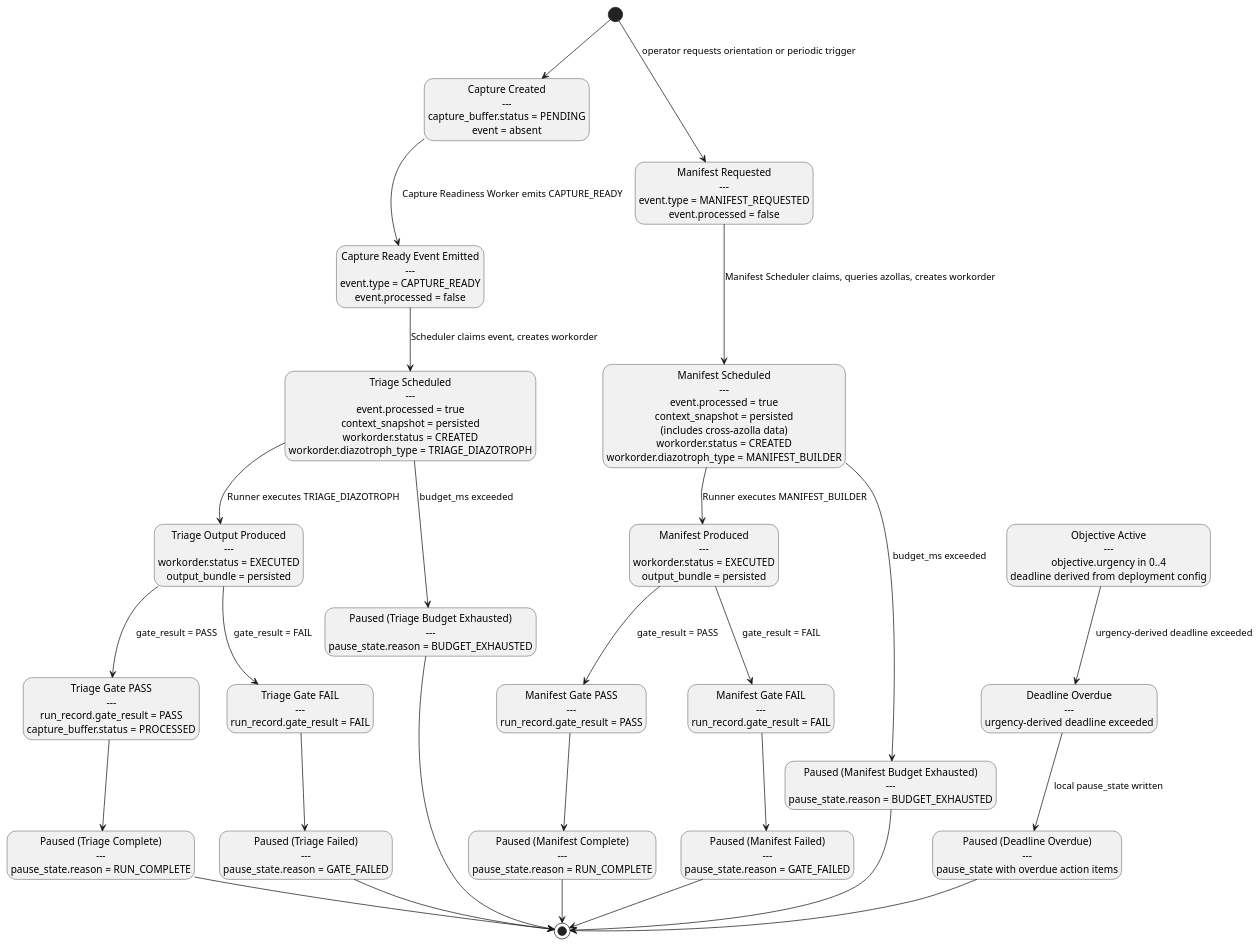
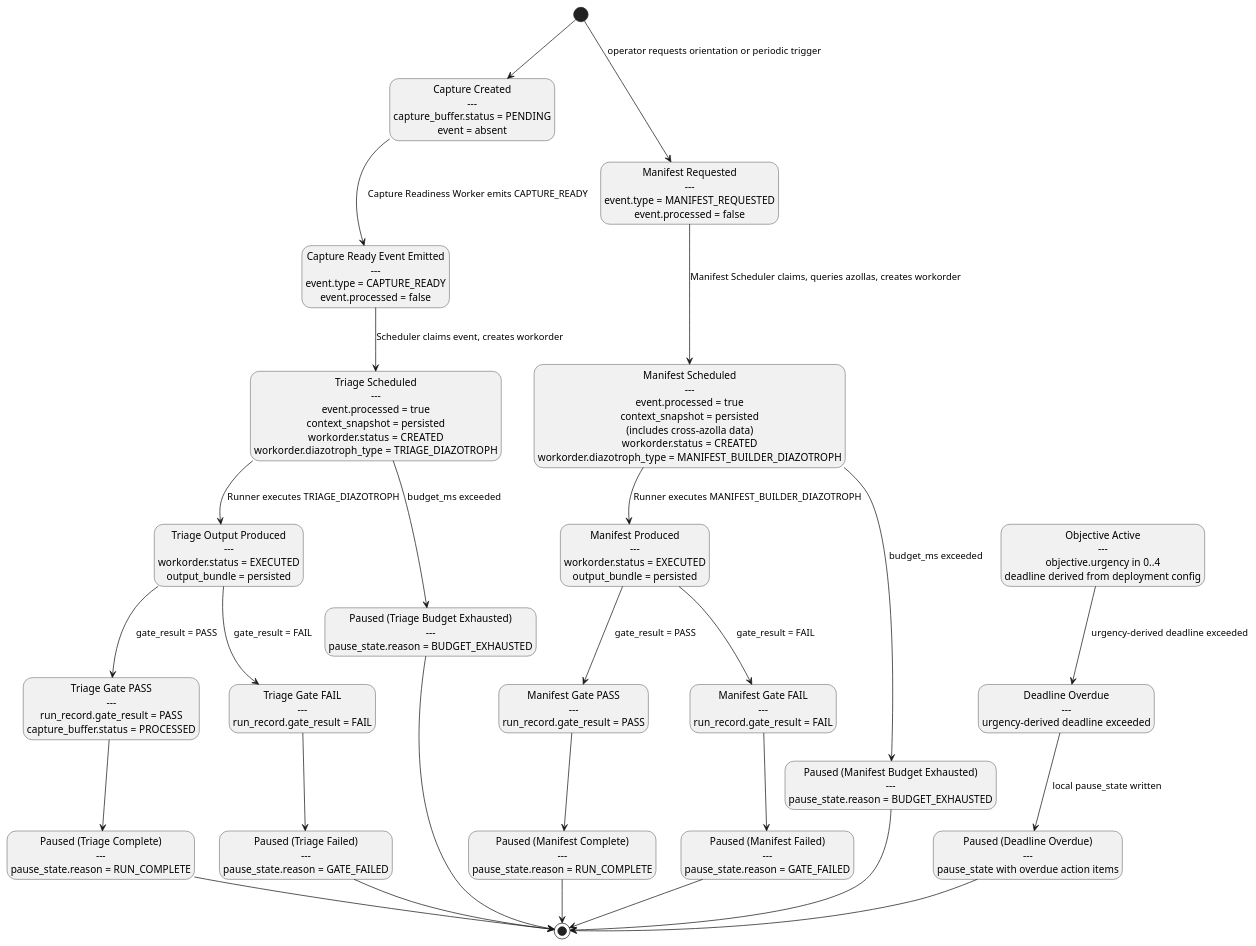
Before and after one commit to leximicham/Azolla-Protocol: the diagram in docs/05_task_mgmt_azolla/task_mgmt_state_machine.puml, drawn with PlantUML. The commit also changed 14 other files, not shown here.

First line of the commit message:
Refactor run_record and context_snapshot schemas; rename MANIFEST_BUILDER to MANIFEST_BUILDER_DIAZOTROPH

```diff
--- a/docs/05_task_mgmt_azolla/task_mgmt_state_machine.puml
+++ b/docs/05_task_mgmt_azolla/task_mgmt_state_machine.puml
@@ -1,82 +1,82 @@
 @startuml task_mgmt_state_machine
 ' Task Management Azolla v0.2 State Machine
 ' Three lifecycle tracks with terminal pause_states.
 
 hide empty description
 
 ' === Track A: Triage ===
 
 state "Capture Created\n---\ncapture_buffer.status = PENDING\nevent = absent" as CaptureCreated
 
 state "Capture Ready Event Emitted\n---\nevent.type = CAPTURE_READY\nevent.processed = false" as CaptureReadyEmitted
 
 state "Triage Scheduled\n---\nevent.processed = true\ncontext_snapshot = persisted\nworkorder.status = CREATED\nworkorder.diazotroph_type = TRIAGE_DIAZOTROPH" as TriageScheduled
 
 state "Triage Output Produced\n---\nworkorder.status = EXECUTED\noutput_bundle = persisted" as TriageOutputProduced
 
 state "Triage Gate PASS\n---\nrun_record.gate_result = PASS\ncapture_buffer.status = PROCESSED" as TriageGatePass
 
 state "Triage Gate FAIL\n---\nrun_record.gate_result = FAIL" as TriageGateFail
 
 state "Paused (Triage Complete)\n---\npause_state.reason = RUN_COMPLETE" as PausedTriageComplete
 
 state "Paused (Triage Failed)\n---\npause_state.reason = GATE_FAILED" as PausedTriageFailed
 
 state "Paused (Triage Budget Exhausted)\n---\npause_state.reason = BUDGET_EXHAUSTED" as PausedTriageBudget
 
 [*] --> CaptureCreated
 CaptureCreated --> CaptureReadyEmitted : Capture Readiness Worker emits CAPTURE_READY
 CaptureReadyEmitted --> TriageScheduled : Scheduler claims event, creates workorder
 TriageScheduled --> TriageOutputProduced : Runner executes TRIAGE_DIAZOTROPH
 TriageScheduled --> PausedTriageBudget : budget_ms exceeded
 TriageOutputProduced --> TriageGatePass : gate_result = PASS
 TriageOutputProduced --> TriageGateFail : gate_result = FAIL
 TriageGatePass --> PausedTriageComplete
 TriageGateFail --> PausedTriageFailed
 PausedTriageComplete --> [*]
 PausedTriageFailed --> [*]
 PausedTriageBudget --> [*]
 
 ' === Track B: Manifest Build ===
 
 state "Manifest Requested\n---\nevent.type = MANIFEST_REQUESTED\nevent.processed = false" as ManifestRequested
 
-state "Manifest Scheduled\n---\nevent.processed = true\ncontext_snapshot = persisted\n(includes cross-azolla data)\nworkorder.status = CREATED\nworkorder.diazotroph_type = MANIFEST_BUILDER" as ManifestScheduled
+state "Manifest Scheduled\n---\nevent.processed = true\ncontext_snapshot = persisted\n(includes cross-azolla data)\nworkorder.status = CREATED\nworkorder.diazotroph_type = MANIFEST_BUILDER_DIAZOTROPH" as ManifestScheduled
 
 state "Manifest Produced\n---\nworkorder.status = EXECUTED\noutput_bundle = persisted" as ManifestProduced
 
 state "Manifest Gate PASS\n---\nrun_record.gate_result = PASS" as ManifestGatePass
 
 state "Manifest Gate FAIL\n---\nrun_record.gate_result = FAIL" as ManifestGateFail
 
 state "Paused (Manifest Complete)\n---\npause_state.reason = RUN_COMPLETE" as PausedManifestComplete
 
 state "Paused (Manifest Failed)\n---\npause_state.reason = GATE_FAILED" as PausedManifestFailed
 
 state "Paused (Manifest Budget Exhausted)\n---\npause_state.reason = BUDGET_EXHAUSTED" as PausedManifestBudget
 
 [*] --> ManifestRequested : operator requests orientation or periodic trigger
 ManifestRequested --> ManifestScheduled : Manifest Scheduler claims, queries azollas, creates workorder
-ManifestScheduled --> ManifestProduced : Runner executes MANIFEST_BUILDER
+ManifestScheduled --> ManifestProduced : Runner executes MANIFEST_BUILDER_DIAZOTROPH
 ManifestScheduled --> PausedManifestBudget : budget_ms exceeded
 ManifestProduced --> ManifestGatePass : gate_result = PASS
 ManifestProduced --> ManifestGateFail : gate_result = FAIL
 ManifestGatePass --> PausedManifestComplete
 ManifestGateFail --> PausedManifestFailed
 PausedManifestComplete --> [*]
 PausedManifestFailed --> [*]
 PausedManifestBudget --> [*]
 
 ' === Track C: Deadline Monitoring ===
 
 state "Objective Active\n---\nobjective.urgency in 0..4\ndeadline derived from deployment config" as ObjectiveActive
 
 state "Deadline Overdue\n---\nurgency-derived deadline exceeded" as DeadlineOverdue
 
 state "Paused (Deadline Overdue)\n---\npause_state with overdue action items" as PausedDeadlineOverdue
 
 ObjectiveActive --> DeadlineOverdue : urgency-derived deadline exceeded
 DeadlineOverdue --> PausedDeadlineOverdue : local pause_state written
 PausedDeadlineOverdue --> [*]
 
 @enduml
```
